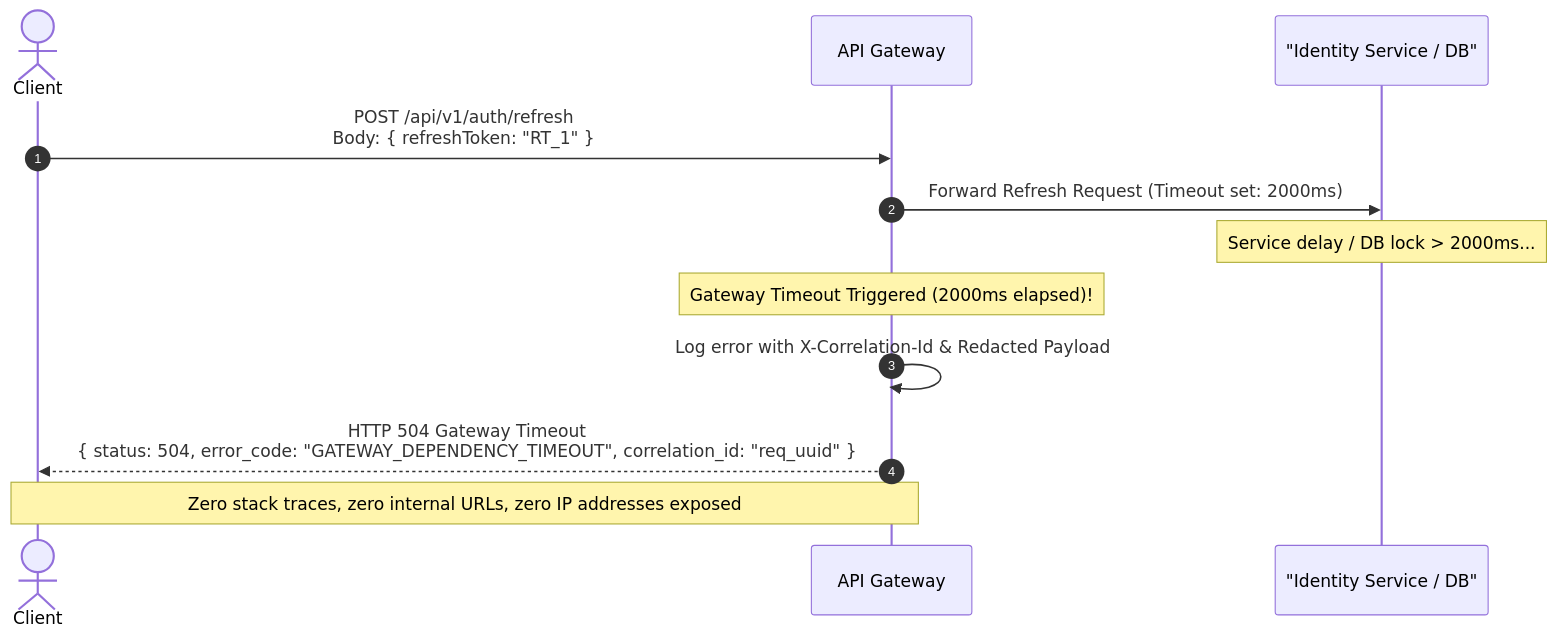
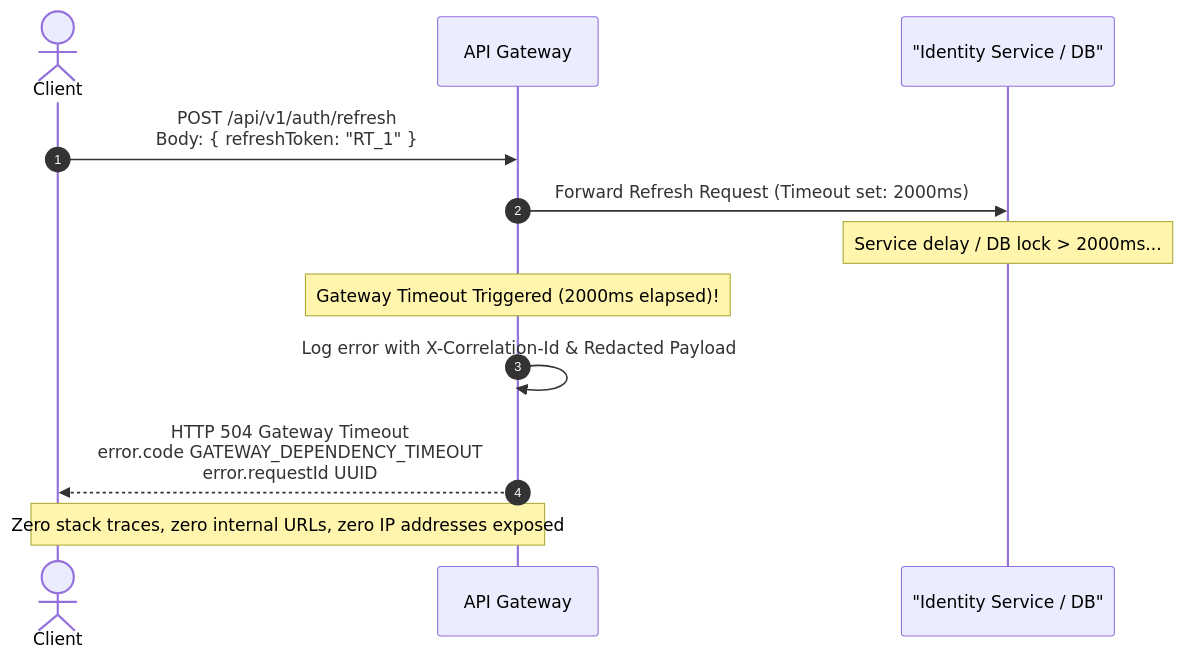
The fourth of 5 diagrams in AI-contracts/designs/2026-07-28-tkt-w04-d03-design.md (vanphutin/movie-ticket-booking-app), drawn with Mermaid before and after one commit. The commit also changed other lines of this file and 2 other files, not shown here.

````diff
--- a/AI-contracts/designs/2026-07-28-tkt-w04-d03-design.md
+++ b/AI-contracts/designs/2026-07-28-tkt-w04-d03-design.md
@@ -251,15 +267,15 @@
   ```mermaid
   sequenceDiagram
       autonumber
       actor Client
       participant Gateway as API Gateway
       participant Auth as "Identity Service / DB"
 
       Client->>Gateway: POST /api/v1/auth/refresh<br/>Body: { refreshToken: "RT_1" }
       Gateway->>Auth: Forward Refresh Request (Timeout set: 2000ms)
       Note over Auth: Service delay / DB lock > 2000ms...
       Note over Gateway: Gateway Timeout Triggered (2000ms elapsed)!
       Gateway->>Gateway: Log error with X-Correlation-Id & Redacted Payload
-      Gateway-->>Client: HTTP 504 Gateway Timeout<br/>{ status: 504, error_code: "GATEWAY_DEPENDENCY_TIMEOUT", correlation_id: "req_uuid" }
+      Gateway-->>Client: HTTP 504 Gateway Timeout<br/>error.code GATEWAY_DEPENDENCY_TIMEOUT<br/>error.requestId UUID
       Note over Gateway, Client: Zero stack traces, zero internal URLs, zero IP addresses exposed
   ```
````
